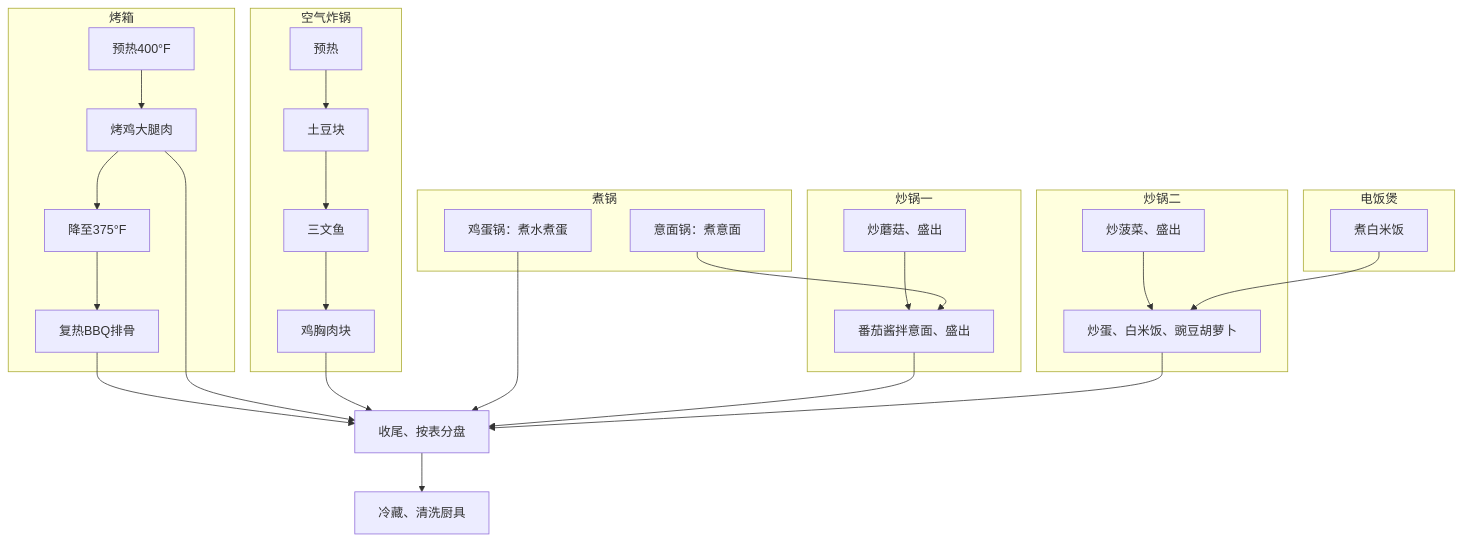
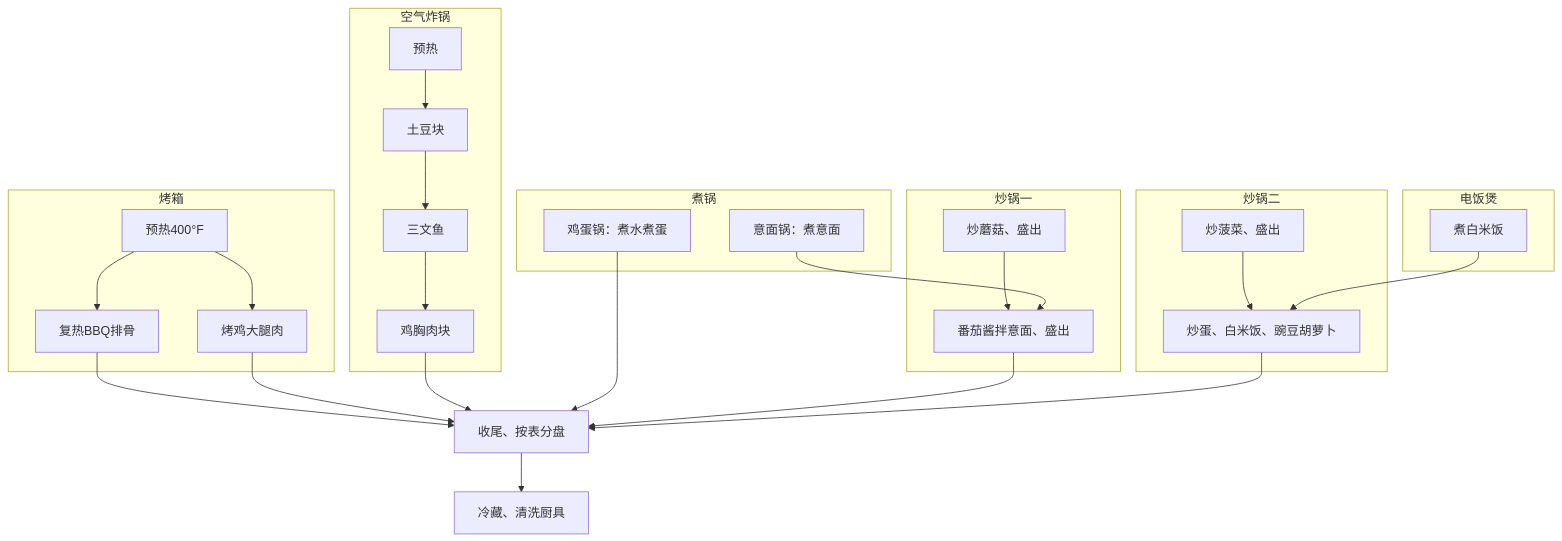
One commit to yunhaixiang/yhmath changed the diagram in content/posts/healthy-eating-plan.md. Above: the diagram before and after it, drawn with Mermaid. The commit also changed other lines of this file and 9 other files, not shown here.

````diff
--- a/content/posts/healthy-eating-plan.md
+++ b/content/posts/healthy-eating-plan.md
@@ -108,32 +108,32 @@
 ```mermaid
 flowchart TB
     subgraph rice[电饭煲]
         R1[煮白米饭]
     end
     subgraph oven[烤箱]
         O0[预热400°F] --> O2[烤鸡大腿肉]
-        O2 --> O3[降至375°F] --> O1[复热BBQ排骨]
+        O0 --> O1[复热BBQ排骨]
     end
     subgraph air[空气炸锅]
         A0[预热] --> A4[土豆块] --> A1[三文鱼] --> A2[鸡胸肉块]
     end
     subgraph pots[煮锅]
         P1[意面锅：煮意面]
         P2[鸡蛋锅：煮水煮蛋]
     end
     subgraph wok1[炒锅一]
         W1[炒蘑菇、盛出] --> W3[番茄酱拌意面、盛出]
     end
     subgraph wok2[炒锅二]
         W2[炒菠菜、盛出] --> W4[炒蛋、白米饭、豌豆胡萝卜]
     end
     P1 --> W3
     R1 --> W4
     O1 --> F[收尾、按表分盘]
     O2 --> F
     A2 --> F
     P2 --> F
     W3 --> F
     W4 --> F
     F --> C[冷藏、清洗厨具]
 ```
````
